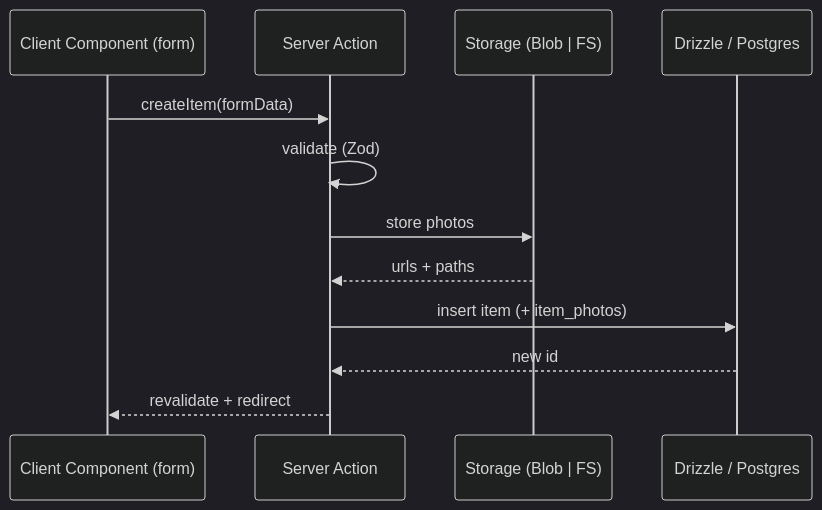
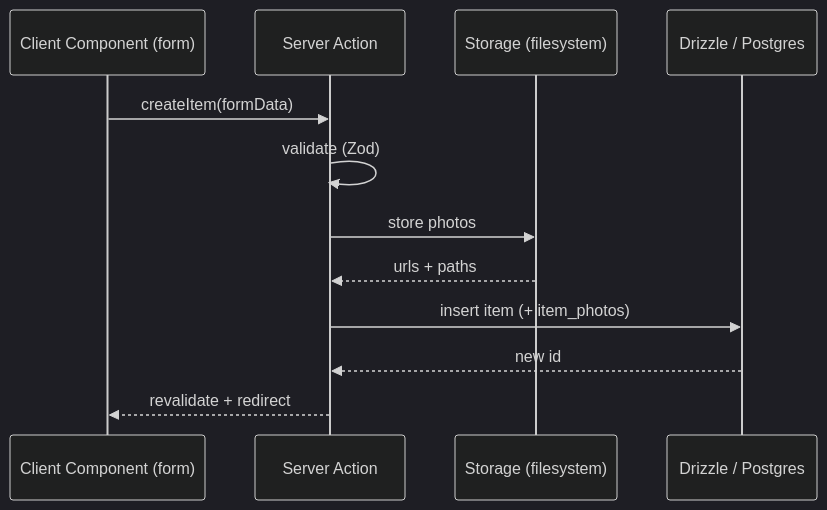
The fourth of 5 diagrams in docs/ARCHITECTURE.md (nnworkspace/sil), drawn with Mermaid (dark theme) before and after one commit. The commit also changed other lines of this file and 36 other files, not shown here.

````diff
--- a/docs/ARCHITECTURE.md
+++ b/docs/ARCHITECTURE.md
@@ -83,14 +83,14 @@
 ```mermaid
 sequenceDiagram
     participant B as Client Component (form)
     participant A as Server Action
-    participant ST as Storage (Blob | FS)
+    participant ST as Storage (filesystem)
     participant D as Drizzle / Postgres
     B->>A: createItem(formData)
     A->>A: validate (Zod)
     A->>ST: store photos
     ST-->>A: urls + paths
     A->>D: insert item (+ item_photos)
     D-->>A: new id
     A-->>B: revalidate + redirect
 ```
````
